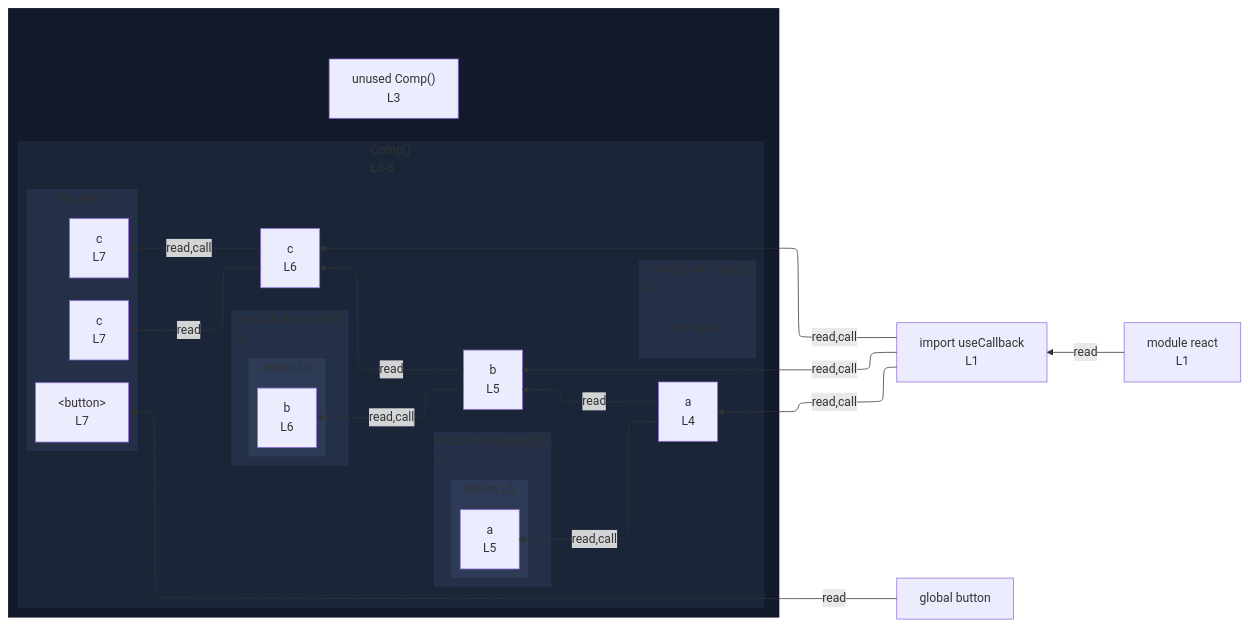
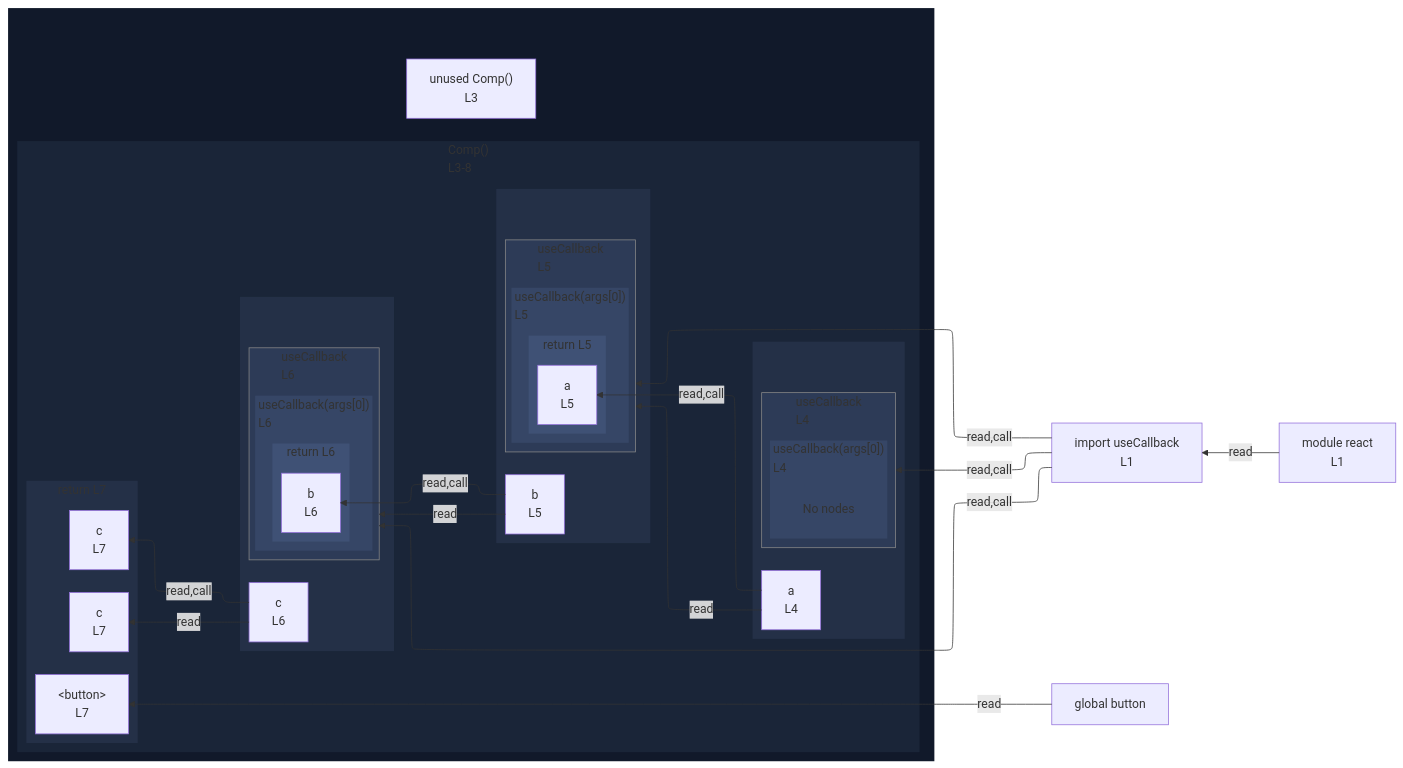
One commit to crescware/unsnarl changed the diagram in integration/fixtures/jsx/use-callback-chain/preview.md. Above: the diagram before and after it, drawn with Mermaid. The commit also changed 41 other files, not shown here.

````diff
--- a/integration/fixtures/jsx/use-callback-chain/preview.md
+++ b/integration/fixtures/jsx/use-callback-chain/preview.md
@@ -25,25 +25,43 @@
     n_scope_0_Comp_44["unused Comp()<br/>L3"]
     subgraph s_scope_1["Comp()<br/>L3-8"]
       direction RL
-      n_scope_1_a_67["a<br/>L4"]
-      n_scope_1_b_105["b<br/>L5"]
-      n_scope_1_c_150["c<br/>L6"]
-      subgraph s_scope_2["useCallback(args[0])<br/>L4"]
-        direction RL
-        elk_empty_s_scope_2["No nodes"]
-      end
-      subgraph s_scope_3["useCallback(args[0])<br/>L5"]
-        direction RL
-        subgraph s_return_scope_0_Comp_44_127_134["return L5"]
+      subgraph wrap_call_proxy_ref_2[" "]
+        direction TB
+        n_scope_1_a_67["a<br/>L4"]
+        subgraph call_proxy_ref_2["useCallback<br/>L4"]
           direction RL
-          ret_use_ref_5["a<br/>L5"]
+          subgraph s_scope_2["useCallback(args[0])<br/>L4"]
+            direction RL
+            elk_empty_s_scope_2["No nodes"]
+          end
         end
       end
-      subgraph s_scope_4["useCallback(args[0])<br/>L6"]
-        direction RL
-        subgraph s_return_scope_0_Comp_44_172_179["return L6"]
+      subgraph wrap_call_proxy_ref_4[" "]
+        direction TB
+        n_scope_1_b_105["b<br/>L5"]
+        subgraph call_proxy_ref_4["useCallback<br/>L5"]
           direction RL
-          ret_use_ref_9["b<br/>L6"]
+          subgraph s_scope_3["useCallback(args[0])<br/>L5"]
+            direction RL
+            subgraph s_return_scope_0_Comp_44_127_134["return L5"]
+              direction RL
+              ret_use_ref_5["a<br/>L5"]
+            end
+          end
+        end
+      end
+      subgraph wrap_call_proxy_ref_8[" "]
+        direction TB
+        n_scope_1_c_150["c<br/>L6"]
+        subgraph call_proxy_ref_8["useCallback<br/>L6"]
+          direction RL
+          subgraph s_scope_4["useCallback(args[0])<br/>L6"]
+            direction RL
+            subgraph s_return_scope_0_Comp_44_172_179["return L6"]
+              direction RL
+              ret_use_ref_9["b<br/>L6"]
+            end
+          end
         end
       end
       subgraph s_return_scope_0_Comp_44_189_231["return L7"]
@@ -54,13 +72,13 @@
       end
     end
   end
-  n_scope_0_useCallback_9 -->|read,call| n_scope_1_a_67
-  n_scope_0_useCallback_9 -->|read,call| n_scope_1_b_105
+  n_scope_0_useCallback_9 -->|read,call| call_proxy_ref_2
+  n_scope_0_useCallback_9 -->|read,call| call_proxy_ref_4
   n_scope_1_a_67 -->|read,call| ret_use_ref_5
-  n_scope_1_a_67 -->|read| n_scope_1_b_105
-  n_scope_0_useCallback_9 -->|read,call| n_scope_1_c_150
+  n_scope_1_a_67 -->|read| call_proxy_ref_4
+  n_scope_0_useCallback_9 -->|read,call| call_proxy_ref_8
   n_scope_1_b_105 -->|read,call| ret_use_ref_9
-  n_scope_1_b_105 -->|read| n_scope_1_c_150
+  n_scope_1_b_105 -->|read| call_proxy_ref_8
   n_scope_0_button_197 -->|read| ret_use_ref_11
   n_scope_1_c_150 -->|read| ret_use_ref_12
   n_scope_1_c_150 -->|read,call| ret_use_ref_13
@@ -71,13 +89,25 @@
   classDef nestL2 fill:#1a2538,stroke:transparent;
   class s_scope_1 nestL2;
   classDef nestL3 fill:#243047,stroke:transparent;
-  class s_scope_2 nestL3;
-  class s_scope_3 nestL3;
-  class s_scope_4 nestL3;
+  class wrap_call_proxy_ref_2 nestL3;
+  class wrap_call_proxy_ref_4 nestL3;
+  class wrap_call_proxy_ref_8 nestL3;
   class s_return_scope_0_Comp_44_189_231 nestL3;
   classDef nestL4 fill:#2d3b57,stroke:transparent;
-  class s_return_scope_0_Comp_44_127_134 nestL4;
-  class s_return_scope_0_Comp_44_172_179 nestL4;
+  class call_proxy_ref_2 nestL4;
+  class call_proxy_ref_4 nestL4;
+  class call_proxy_ref_8 nestL4;
+  classDef nestL5 fill:#364666,stroke:transparent;
+  class s_scope_2 nestL5;
+  class s_scope_3 nestL5;
+  class s_scope_4 nestL5;
+  classDef nestL6 fill:#3f5175,stroke:transparent;
+  class s_return_scope_0_Comp_44_127_134 nestL6;
+  class s_return_scope_0_Comp_44_172_179 nestL6;
+  classDef edgeTargetSubgraph stroke:#888;
+  class call_proxy_ref_2 edgeTargetSubgraph;
+  class call_proxy_ref_4 edgeTargetSubgraph;
+  class call_proxy_ref_8 edgeTargetSubgraph;
   classDef elkEmptyPlaceholder fill:transparent,stroke:transparent;
   class elk_empty_s_scope_2 elkEmptyPlaceholder;
 ```
````
